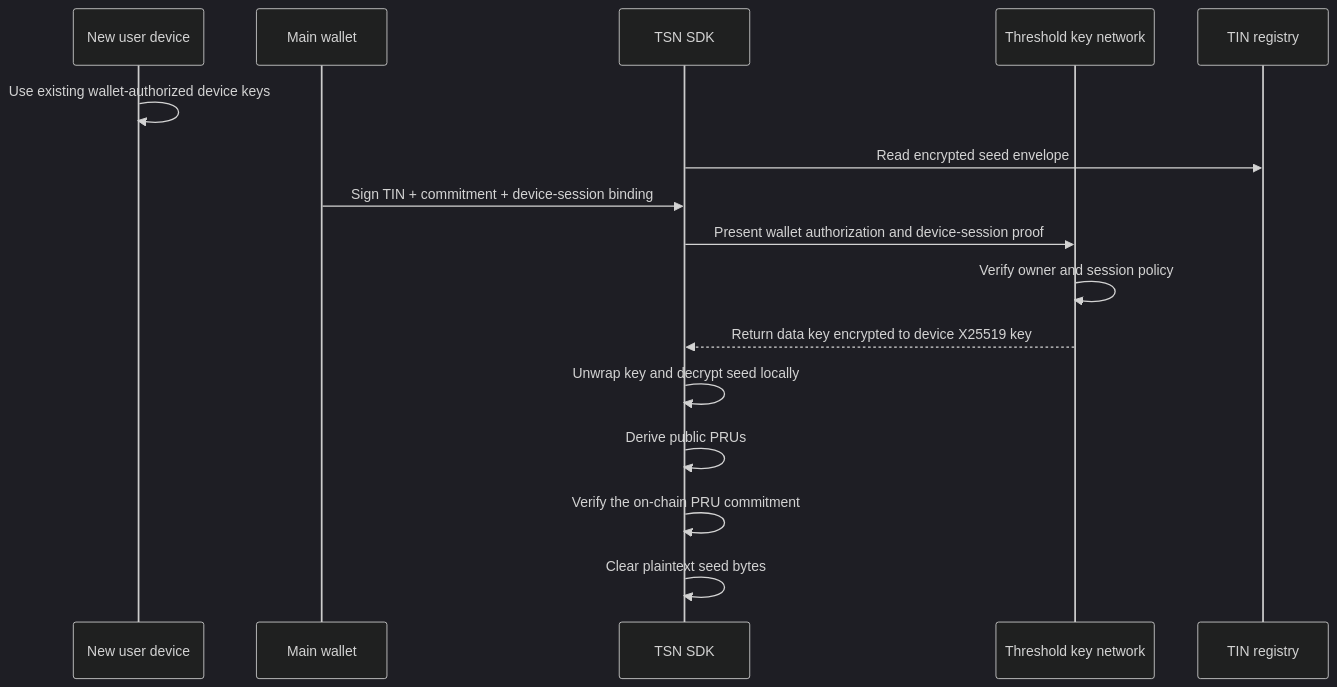
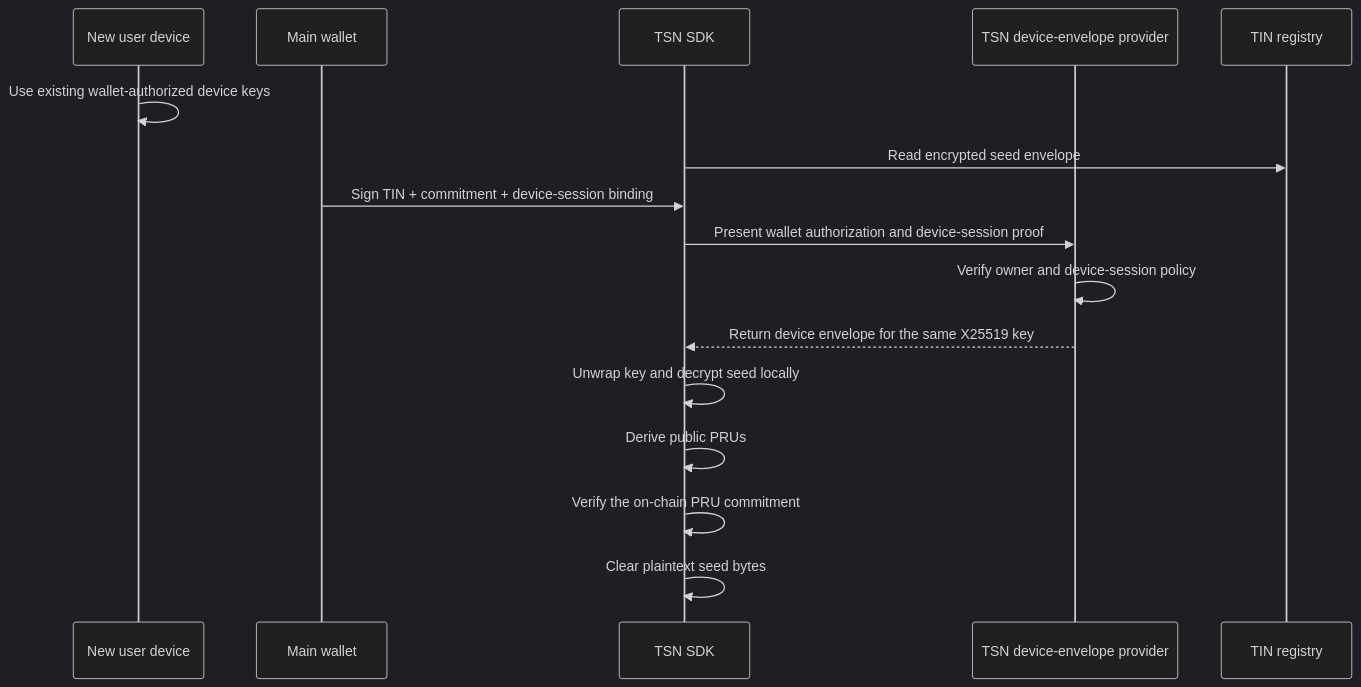
The second of 2 diagrams in docs/tin-master-seed-architecture.md (bigdreamsweb3/trustlink-pay), drawn with Mermaid (dark theme) before and after one commit. The commit also changed other lines of this file and 37 other files, not shown here.

````diff
--- a/docs/tin-master-seed-architecture.md
+++ b/docs/tin-master-seed-architecture.md
@@ -107,19 +105,19 @@
 ```mermaid
 sequenceDiagram
     participant D as New user device
     participant W as Main wallet
     participant SDK as TSN SDK
-    participant K as Threshold key network
+    participant K as TSN device-envelope provider
     participant T as TIN registry
 
     D->>D: Use existing wallet-authorized device keys
     SDK->>T: Read encrypted seed envelope
     W->>SDK: Sign TIN + commitment + device-session binding
     SDK->>K: Present wallet authorization and device-session proof
-    K->>K: Verify owner and session policy
-    K-->>SDK: Return data key encrypted to device X25519 key
+    K->>K: Verify owner and device-session policy
+    K-->>SDK: Return device envelope for the same X25519 key
     SDK->>SDK: Unwrap key and decrypt seed locally
     SDK->>SDK: Derive public PRUs
     SDK->>SDK: Verify the on-chain PRU commitment
     SDK->>SDK: Clear plaintext seed bytes
 ```
````
